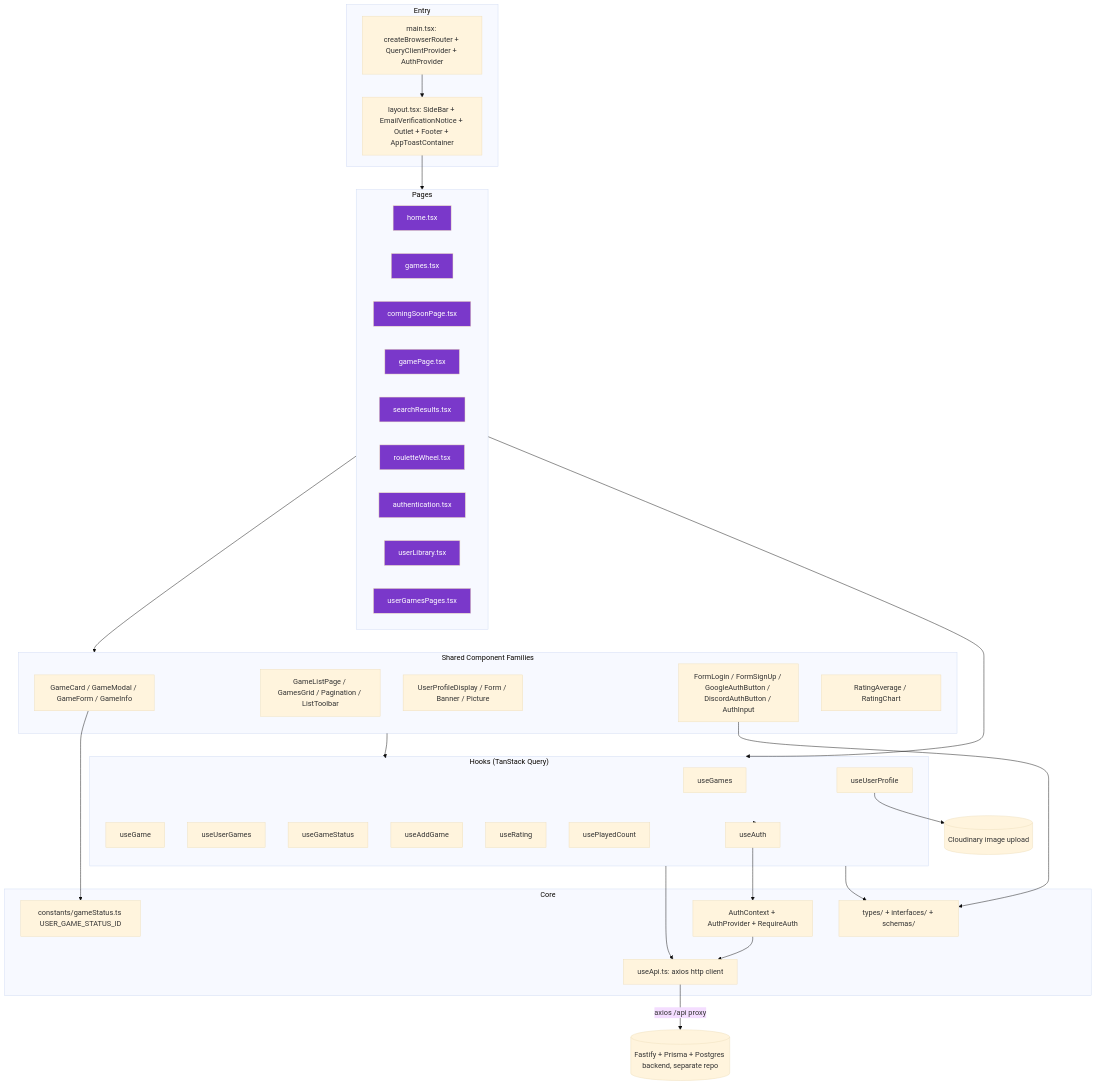
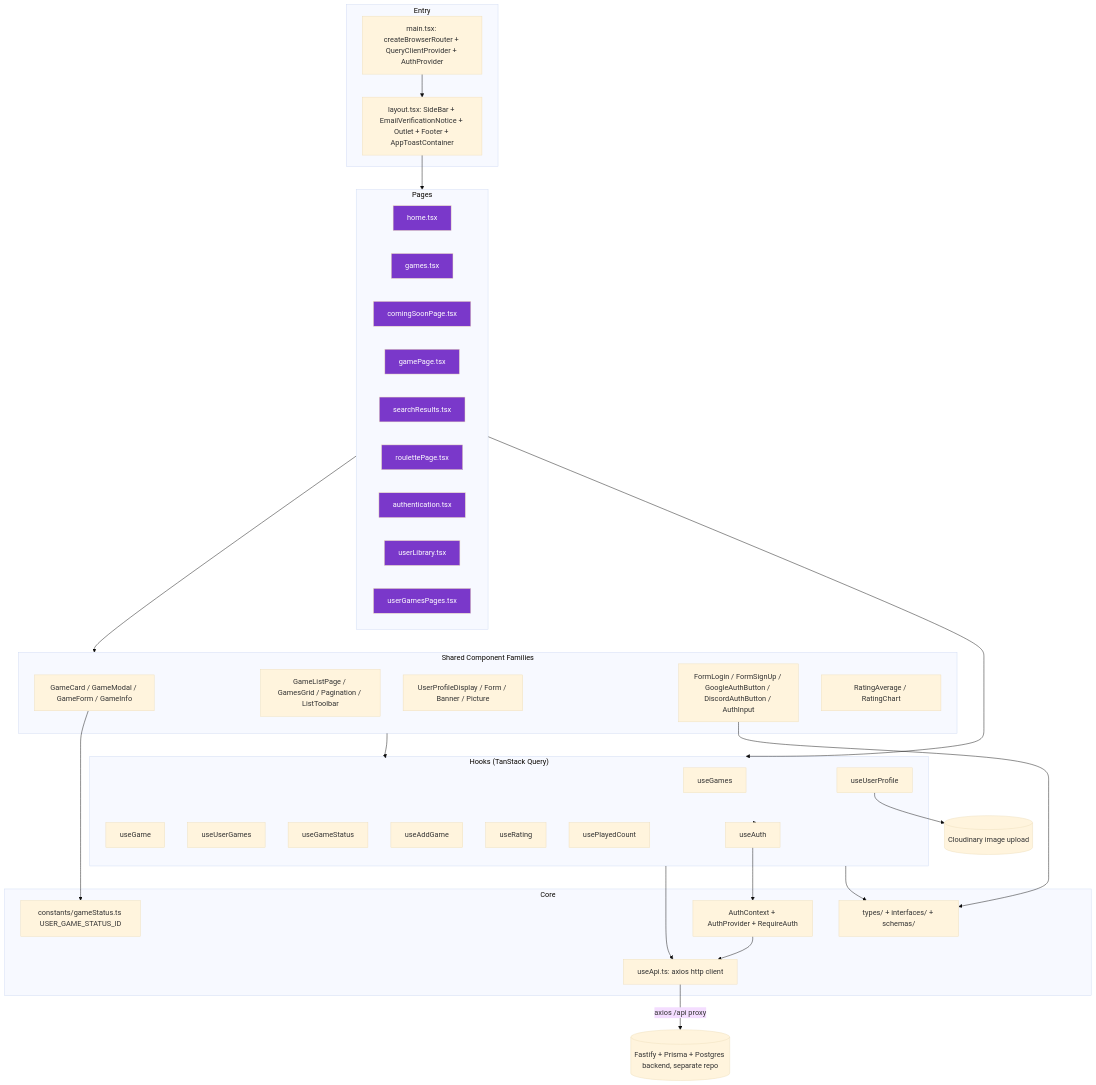
The first of 2 diagrams in docs/CODEBASE_MAP.md (MathQuente/euzerei-front-end), drawn with Mermaid (base theme) before and after one commit. The commit also changed other lines of this file and 19 other files, not shown here.

````diff
--- a/docs/CODEBASE_MAP.md
+++ b/docs/CODEBASE_MAP.md
@@ -15,65 +15,65 @@
 ```mermaid
 graph TD
   subgraph Entry
     main[main.tsx: createBrowserRouter + QueryClientProvider + AuthProvider]
     layout[layout.tsx: SideBar + EmailVerificationNotice + Outlet + Footer + AppToastContainer]
   end
 
   subgraph Pages
     home[home.tsx]
     games[games.tsx]
     comingSoon[comingSoonPage.tsx]
     gamePage[gamePage.tsx]
     search[searchResults.tsx]
-    roulette[rouletteWheel.tsx]
+    roulette[roulettePage.tsx]
     auth[authentication.tsx]
     userLib[userLibrary.tsx]
     userLibStatus[userGamesPages.tsx]
   end
 
   subgraph SharedComponents["Shared Component Families"]
     gameFamily["GameCard / GameModal / GameForm / GameInfo"]
     listFamily["GameListPage / GamesGrid / Pagination / ListToolbar"]
     userProfileFamily["UserProfileDisplay / Form / Banner / Picture"]
     authForms["FormLogin / FormSignUp / GoogleAuthButton / DiscordAuthButton / AuthInput"]
     ratingFamily["RatingAverage / RatingChart"]
   end
 
   subgraph Hooks["Hooks (TanStack Query)"]
     useGames_h[useGames]
     useGame_h[useGame]
     useUserGames_h[useUserGames]
     useGameStatus_h[useGameStatus]
     useAddGame_h[useAddGame]
     useRating_h[useRating]
     usePlayedCount_h[usePlayedCount]
     useUserProfile_h[useUserProfile]
     useAuth_h[useAuth]
   end
 
   subgraph Core
     api[useApi.ts: axios http client]
     authCtx[AuthContext + AuthProvider + RequireAuth]
     constants[constants/gameStatus.ts USER_GAME_STATUS_ID]
     types[types/ + interfaces/ + schemas/]
   end
 
   backend[(Fastify + Prisma + Postgres backend, separate repo)]
   cloudinary[(Cloudinary image upload)]
 
   main --> layout --> Pages
   Pages --> SharedComponents
   SharedComponents --> Hooks
   Pages --> Hooks
   Hooks --> api
   Hooks --> useAuth_h --> authCtx
   authCtx --> api
   api -->|axios /api proxy| backend
   useUserProfile_h --> cloudinary
   gameFamily --> constants
   authForms --> types
   Hooks --> types
 
   classDef page fill:#7A38CA,color:#fff;
   class home,games,comingSoon,gamePage,search,roulette,auth,userLib,userLibStatus page;
 ```
````
